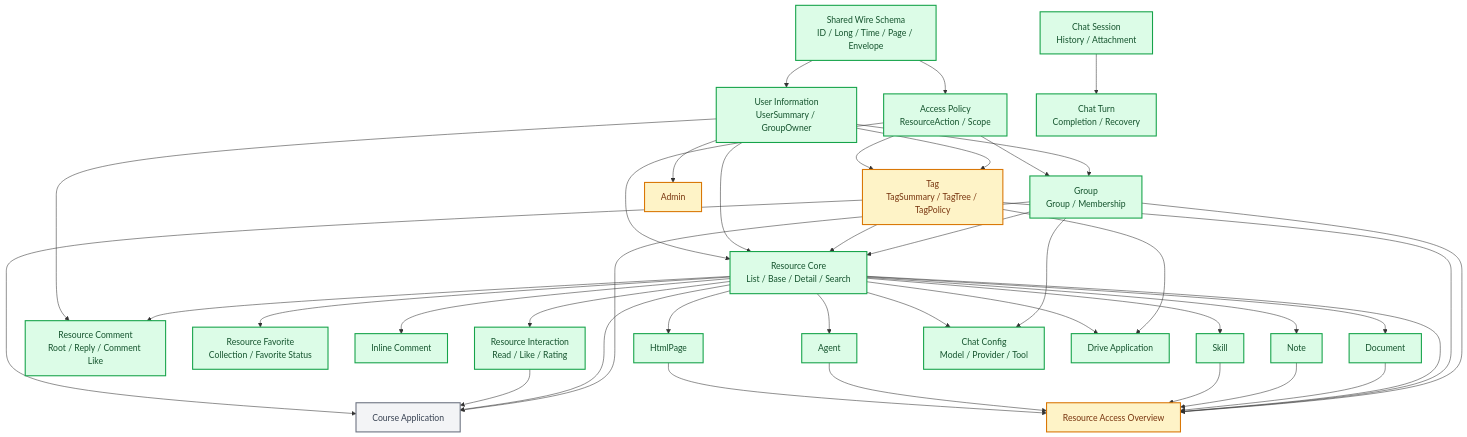
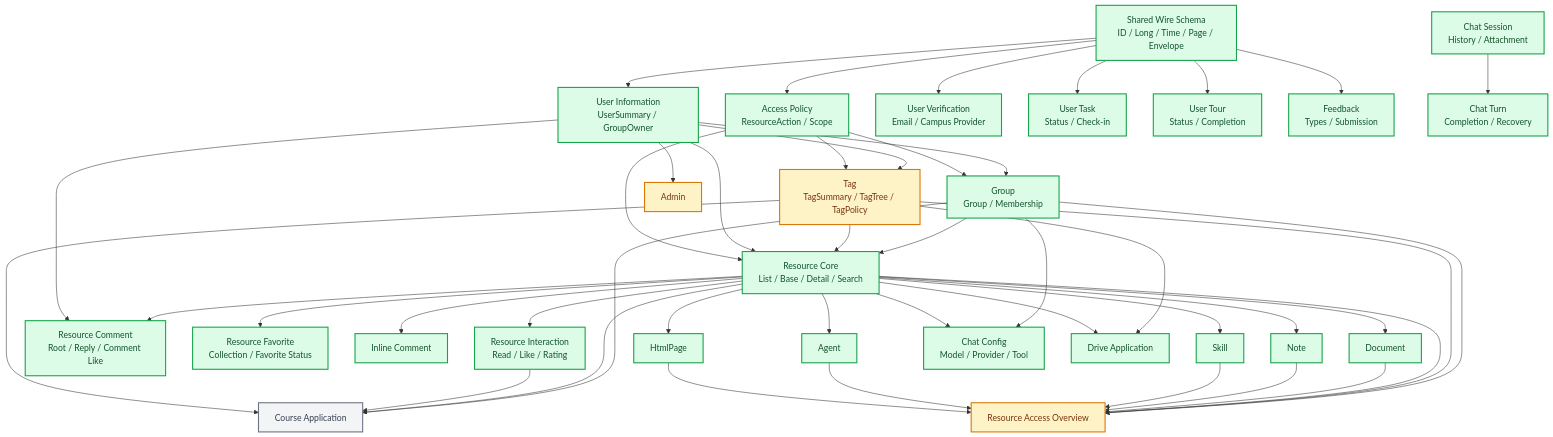
One commit to Oriole-FDU/WisePenView changed the diagram in agent/docs/schema-contract-roadmap.md. Above: the diagram before and after it, drawn with Mermaid. The commit also changed other lines of this file and 1 other file, not shown here.

Commit message:
docs(agent): 更新 User 拆域后的 DAG

````diff
--- a/agent/docs/schema-contract-roadmap.md
+++ b/agent/docs/schema-contract-roadmap.md
@@ -38,71 +38,79 @@
 ```mermaid
 flowchart TD
   W[Shared Wire Schema<br/>ID / Long / Time / Page / Envelope]
   A[Access Policy<br/>ResourceAction / Scope]
   U[User Information<br/>UserSummary / GroupOwner]
+  UV[User Verification<br/>Email / Campus Provider]
+  UT[User Task<br/>Status / Check-in]
+  UR[User Tour<br/>Status / Completion]
+  FB[Feedback<br/>Types / Submission]
   G[Group<br/>Group / Membership]
   T[Tag<br/>TagSummary / TagTree / TagPolicy]
   R[Resource Core<br/>List / Base / Detail / Search]
   I[Resource Interaction<br/>Read / Like / Rating]
   CM[Resource Comment<br/>Root / Reply / Comment Like]
   F[Resource Favorite<br/>Collection / Favorite Status]
   C[Inline Comment]
   D[Document]
   N[Note]
   S[Skill]
   AG[Agent]
   H[HtmlPage]
   CHS[Chat Session<br/>History / Attachment]
   CHT[Chat Turn<br/>Completion / Recovery]
   CHC[Chat Config<br/>Model / Provider / Tool]
   CO[Course Application]
   DR[Drive Application]
   RA[Resource Access Overview]
   AD[Admin]
 
   W --> A
   W --> U
+  W --> UV
+  W --> UT
+  W --> UR
+  W --> FB
   U --> G
   A --> G
   U --> T
   A --> T
   G --> R
   T --> R
   U --> R
   A --> R
   R --> I
   R --> CM
   U --> CM
   R --> F
   R --> C
   R --> D
   R --> N
   R --> S
   R --> AG
   R --> H
   G --> CHC
   R --> CHC
   CHS --> CHT
   G --> CO
   R --> CO
   I --> CO
   T --> CO
   T --> DR
   R --> DR
   G --> RA
   T --> RA
   R --> RA
   D --> RA
   N --> RA
   S --> RA
   AG --> RA
   H --> RA
   U --> AD
 
   classDef completed fill:#dcfce7,stroke:#16a34a,color:#14532d,stroke-width:2px
   classDef partial fill:#fef3c7,stroke:#d97706,color:#78350f,stroke-width:2px
   classDef decision fill:#f3f4f6,stroke:#6b7280,color:#374151,stroke-width:2px
-  class W,A,U,G,R,I,CM,F,C,D,N,S,AG,H,CHS,CHT,CHC,DR completed
+  class W,A,U,UV,UT,UR,FB,G,R,I,CM,F,C,D,N,S,AG,H,CHS,CHT,CHC,DR completed
   class T,AD,RA partial
   class CO decision
 ```
````
